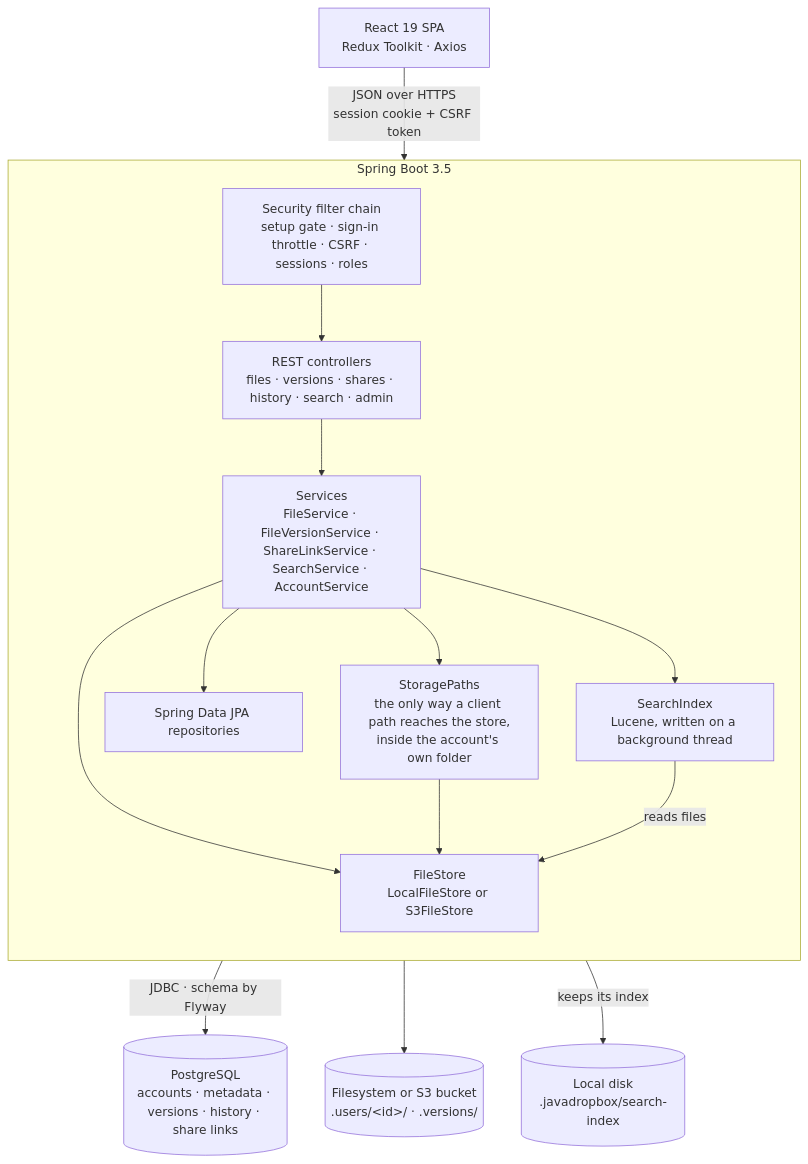
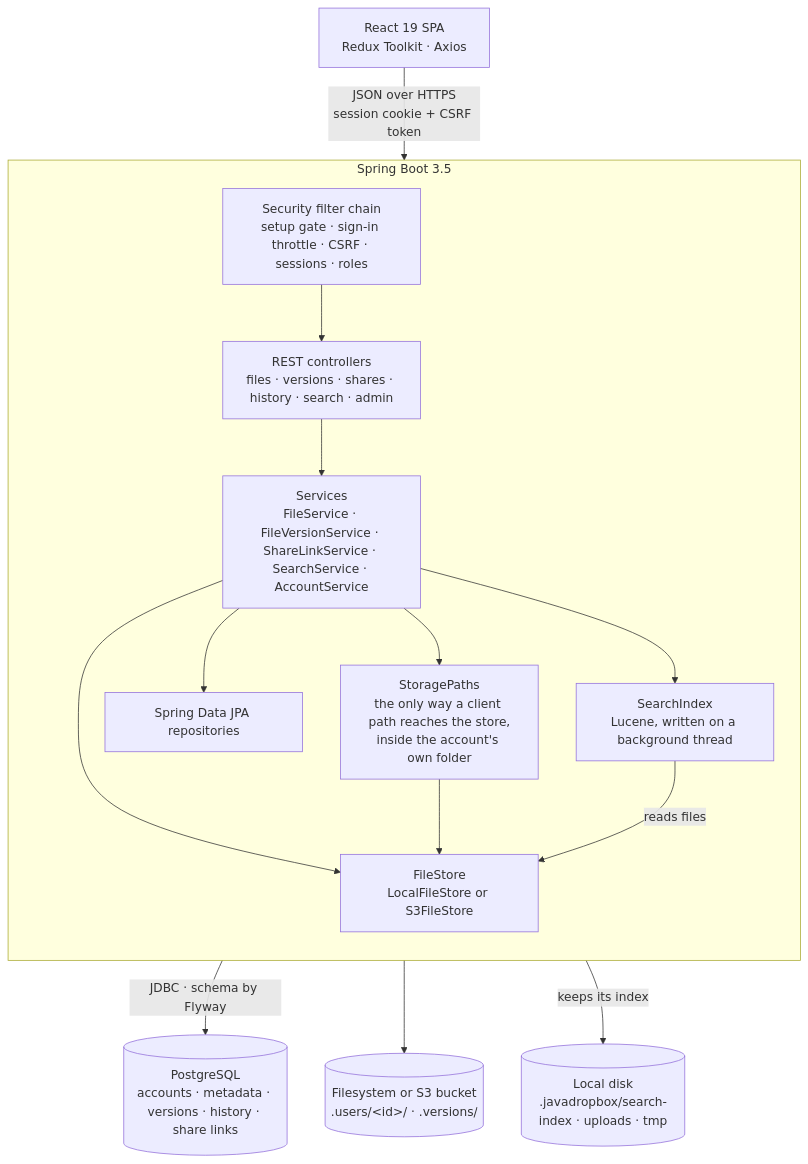
The first of 6 diagrams in README.md (mevcaus/JavaDropbox), drawn with Mermaid before and after one commit. The commit also changed 10 other files, not shown here.

````diff
--- a/README.md
+++ b/README.md
@@ -52,31 +52,31 @@
 ```mermaid
 flowchart TB
     Browser["React 19 SPA<br/>Redux Toolkit · Axios"]
 
     subgraph App["Spring Boot 3.5"]
         direction TB
         Security["Security filter chain<br/>setup gate · sign-in throttle · CSRF · sessions · roles"]
         Controllers["REST controllers<br/>files · versions · shares · history · search · admin"]
         Services["Services<br/>FileService · FileVersionService · ShareLinkService · SearchService · AccountService"]
         Index["SearchIndex<br/>Lucene, written on a background thread"]
         Paths["StoragePaths<br/>the only way a client path reaches the store,<br/>inside the account's own folder"]
         Store["FileStore<br/>LocalFileStore or S3FileStore"]
         Repos["Spring Data JPA repositories"]
         Security --> Controllers --> Services
         Services --> Paths
         Services --> Store
         Services --> Repos
         Services --> Index
         Paths --> Store
         Index -- "reads files" --> Store
     end
 
     DB[("PostgreSQL<br/>accounts · metadata · versions · history · share links")]
     Files[("Filesystem or S3 bucket<br/>.users/&lt;id&gt;/ · .versions/")]
-    Disk[("Local disk<br/>.javadropbox/search-index")]
+    Disk[("Local disk<br/>.javadropbox/search-index · uploads · tmp")]
 
     Browser -- "JSON over HTTPS<br/>session cookie + CSRF token" --> Security
     Repos -- "JDBC · schema by Flyway" --> DB
     Store --> Files
     Index -- "keeps its index" --> Disk
 ```
````
